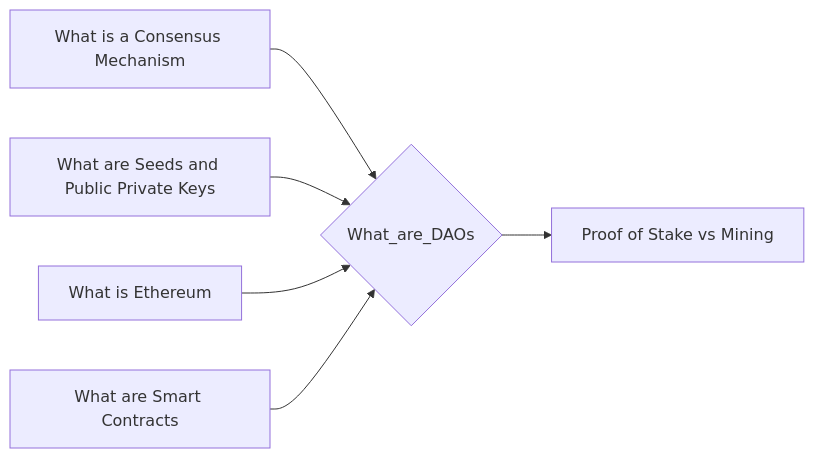
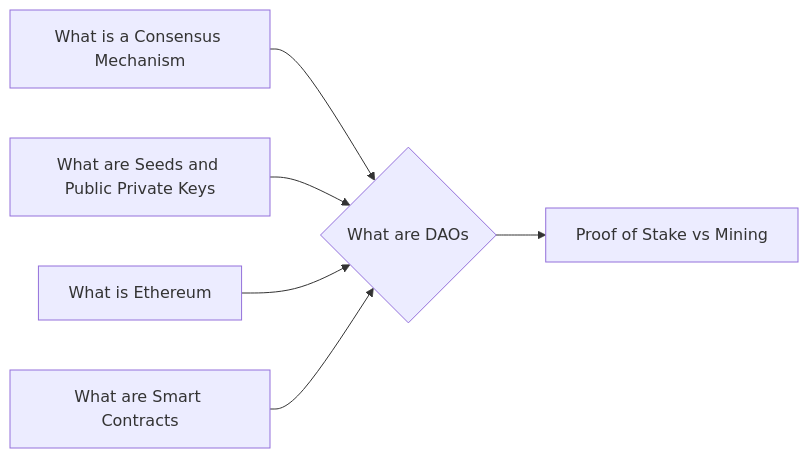
Before and after one commit to lpurdy01/crypto-knowledge-map: the diagram in notes/What_are_DAOs.md, drawn with Mermaid. The commit also changed 58 other files, not shown here.

````diff
--- a/notes/What_are_DAOs.md
+++ b/notes/What_are_DAOs.md
@@ -15,8 +15,8 @@
 ```mermaid
 graph LR
-1["What is a Consensus Mechanism"]-->0{"What_are_DAOs"}
-2["What are Seeds and Public Private Keys"]-->0{"What_are_DAOs"}
-3["What is Ethereum"]-->0{"What_are_DAOs"}
-4["What are Smart Contracts"]-->0{"What_are_DAOs"}
-0{"What_are_DAOs"}-->5["Proof of Stake vs Mining"]
+1["What is a Consensus Mechanism"]-->0{"What are DAOs"}
+2["What are Seeds and Public Private Keys"]-->0{"What are DAOs"}
+3["What is Ethereum"]-->0{"What are DAOs"}
+4["What are Smart Contracts"]-->0{"What are DAOs"}
+0{"What are DAOs"}-->5["Proof of Stake vs Mining"]
 ```
````
